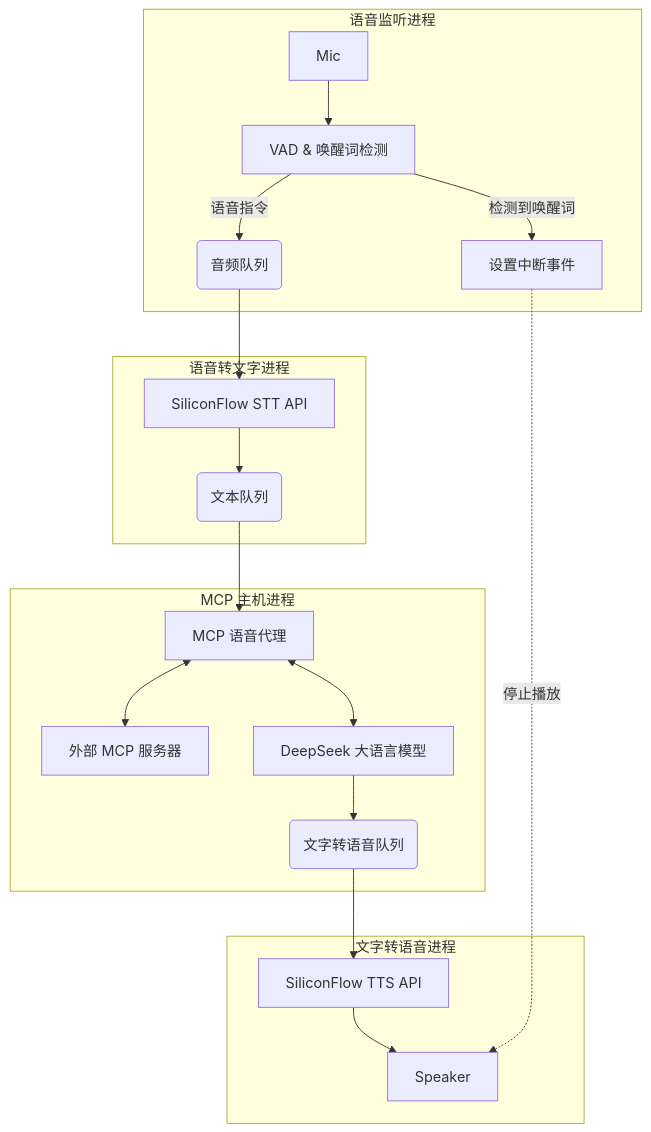
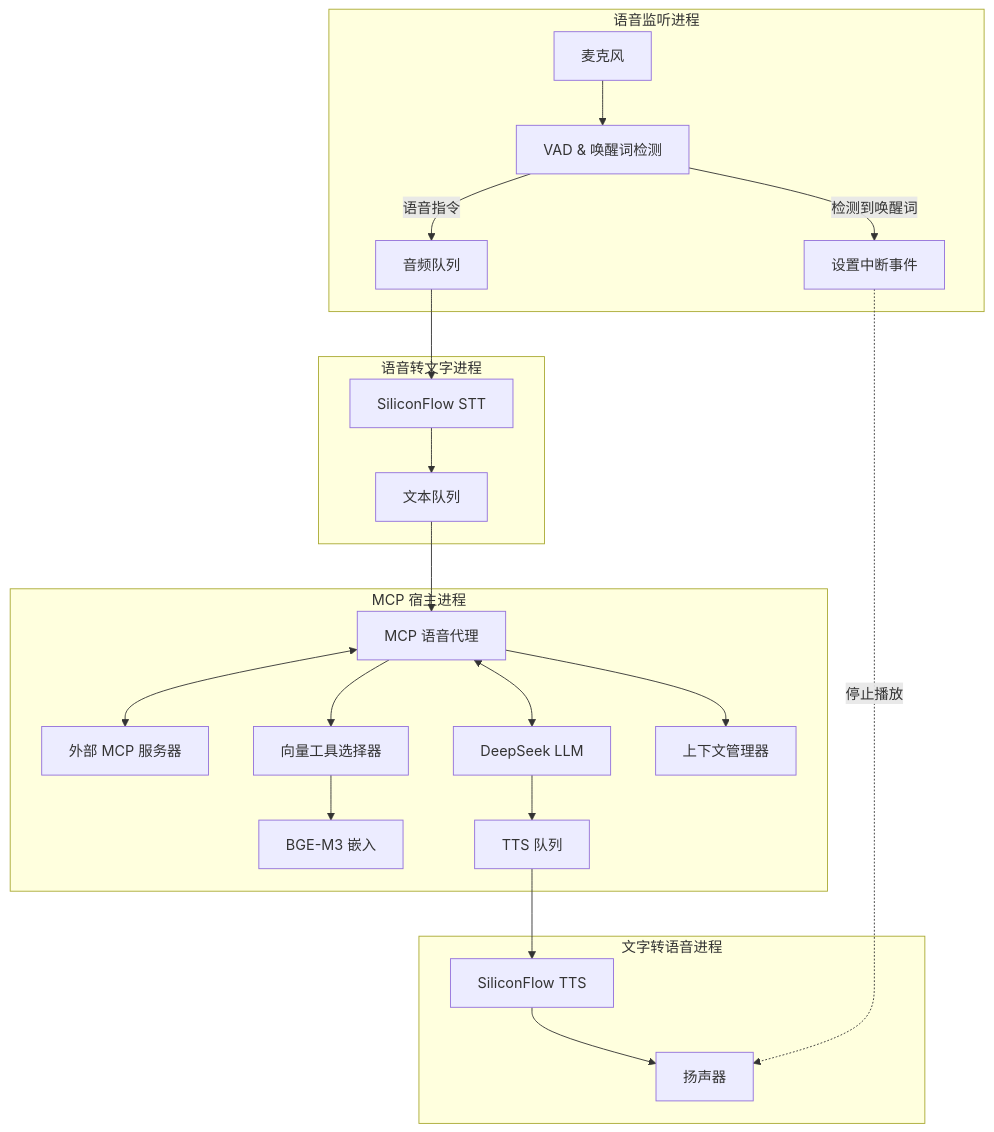
The diagram in README.ZH.md (cyijun/hachimi), drawn with Mermaid before and after one commit. The commit also changed other lines of this file and 1 other file, not shown here.

````diff
--- a/README.ZH.md
+++ b/README.ZH.md
@@ -23,26 +32,29 @@
 ```mermaid
 graph TD
     subgraph KWS_Process [语音监听进程]
-        Mic --> VAD[VAD & 唤醒词检测]
+        Mic[麦克风] --> VAD[VAD & 唤醒词检测]
         VAD -- "检测到唤醒词" --> Interrupt[设置中断事件]
-        VAD -- "语音指令" --> AudioQ(音频队列)
+        VAD -- "语音指令" --> AudioQ[音频队列]
     end
 
     subgraph STT_Process [语音转文字进程]
-        AudioQ --> STT_API[SiliconFlow STT API]
-        STT_API --> TextQ(文本队列)
+        AudioQ --> STT_API[SiliconFlow STT]
+        STT_API --> TextQ[文本队列]
     end
 
-    subgraph LLM_Process [MCP 主机进程]
+    subgraph LLM_Process [MCP 宿主进程]
         TextQ --> MCP_Agent[MCP 语音代理]
         MCP_Agent <--> MCPServer[外部 MCP 服务器]
-        MCP_Agent <--> DeepSeek[DeepSeek 大语言模型]
-        DeepSeek --> TTSQ(文字转语音队列)
+        MCP_Agent --> ToolSelector[向量工具选择器]
+               ToolSelector --> Embeddings[BGE-M3 嵌入]
+        MCP_Agent <--> DeepSeek[DeepSeek LLM]
+        MCP_Agent --> ContextMgr[上下文管理器]
+        DeepSeek --> TTSQ[TTS 队列]
     end
 
     subgraph TTS_Process [文字转语音进程]
-        TTSQ --> TTS_API[SiliconFlow TTS API]
-        TTS_API --> Speaker
+        TTSQ --> TTS_API[SiliconFlow TTS]
+        TTS_API --> Speaker[扬声器]
         Interrupt -.-> |停止播放| Speaker
     end
 ```
````
